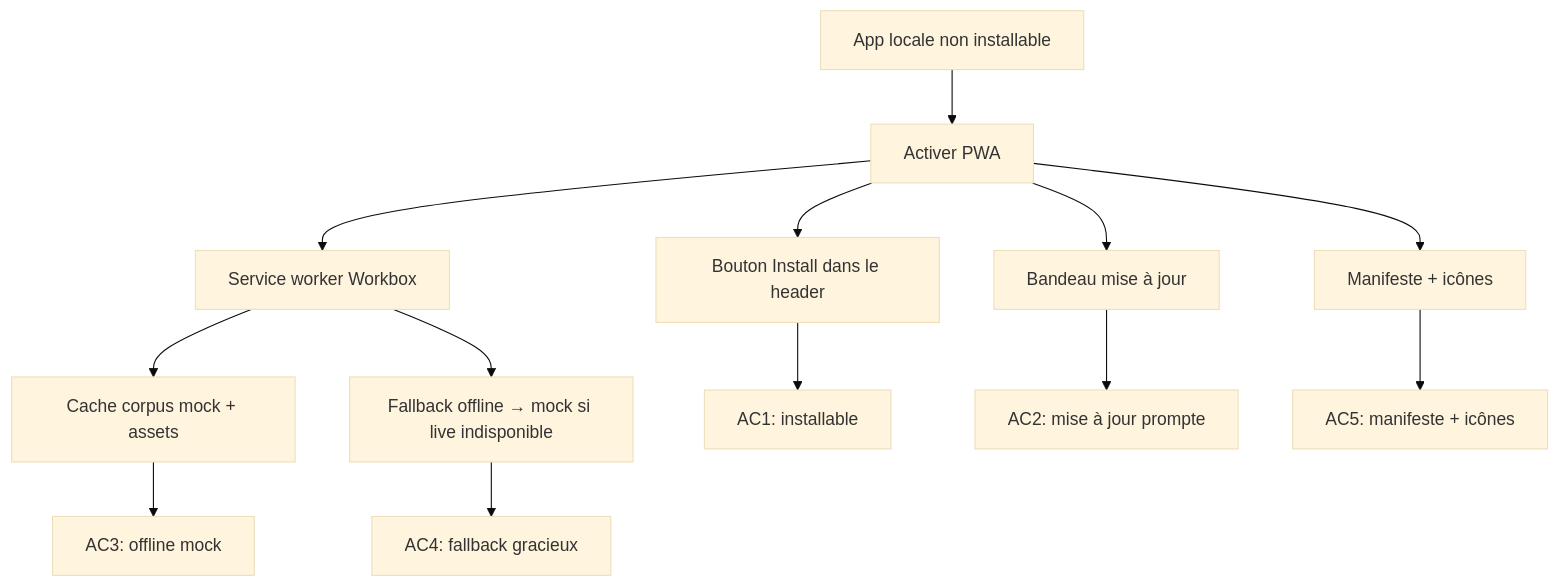
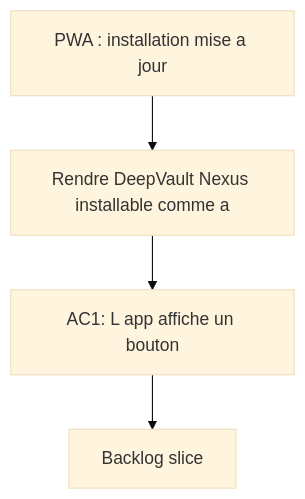
Before and after one commit to AlexAgo83/deepvault: the diagram in logics/request/req_016_pwa_install_and_offline_first.md, drawn with Mermaid (base theme). The commit also changed 57 other files, not shown here.

````diff
--- a/logics/request/req_016_pwa_install_and_offline_first.md
+++ b/logics/request/req_016_pwa_install_and_offline_first.md
@@ -28,17 +28,8 @@
 ```mermaid
 %% logics-kind: request
 %% logics-signature: request|pwa-installation-mise-a-jour-et-fonction|rendre-deepvault-nexus-installable-comme|ac1-l-app-affiche-un-bouton
 flowchart TD
-    Trigger[App locale non installable] --> PWA[Activer PWA]
-    PWA --> Manifest[Manifeste + icônes]
-    PWA --> SW[Service worker Workbox]
-    PWA --> Install[Bouton Install dans le header]
-    PWA --> Update[Bandeau mise à jour]
-    SW --> Offline[Cache corpus mock + assets]
-    SW --> Fallback[Fallback offline → mock si live indisponible]
-    Install --> AC1[AC1: installable]
-    Update --> AC2[AC2: mise à jour prompte]
-    Offline --> AC3[AC3: offline mock]
-    Fallback --> AC4[AC4: fallback gracieux]
-    Manifest --> AC5[AC5: manifeste + icônes]
+    Trigger[PWA : installation mise a jour] --> Need[Rendre DeepVault Nexus installable comme a]
+    Need --> Outcome[AC1: L app affiche un bouton]
+    Outcome --> Backlog[Backlog slice]
 ```
````
